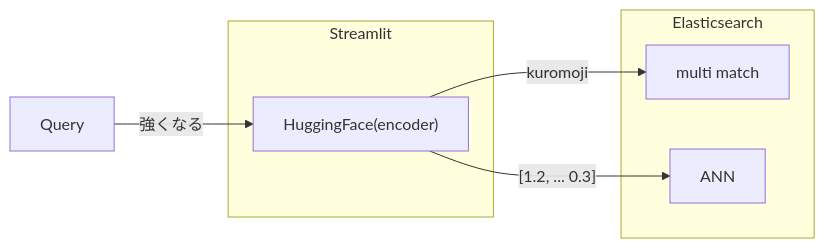
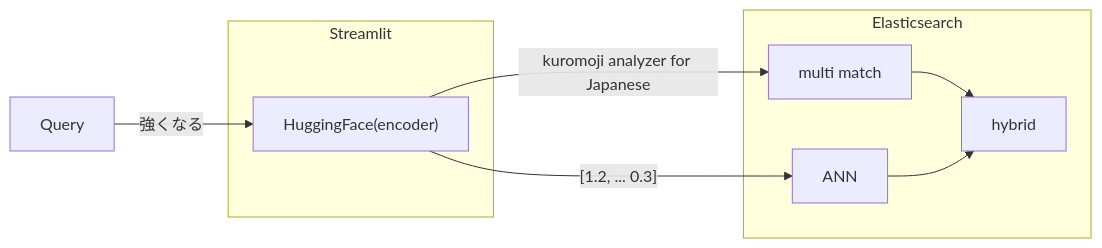
Before and after one commit to hurutoriya/doraemon-himitsu-dogu-search: the second of 2 diagrams in README.md, drawn with Mermaid.

Commit message:
update(README) add hybrid search figure

````diff
--- a/README.md
+++ b/README.md
@@ -33,13 +33,15 @@
 ```mermaid
 graph LR;
 Query-->|強くなる|B["HuggingFace(encoder)"]
 subgraph Streamlit
     B
 end
 subgraph Elasticsearch
     A[multi match]
     ANN
+    A-->hybrid
+    ANN-->hybrid
 end
 B-->|"[1.2, ... 0.3]"|ANN
-B-->|"kuromoji"|A
+B-->|"kuromoji analyzer for Japanese"|A
 ```
````
